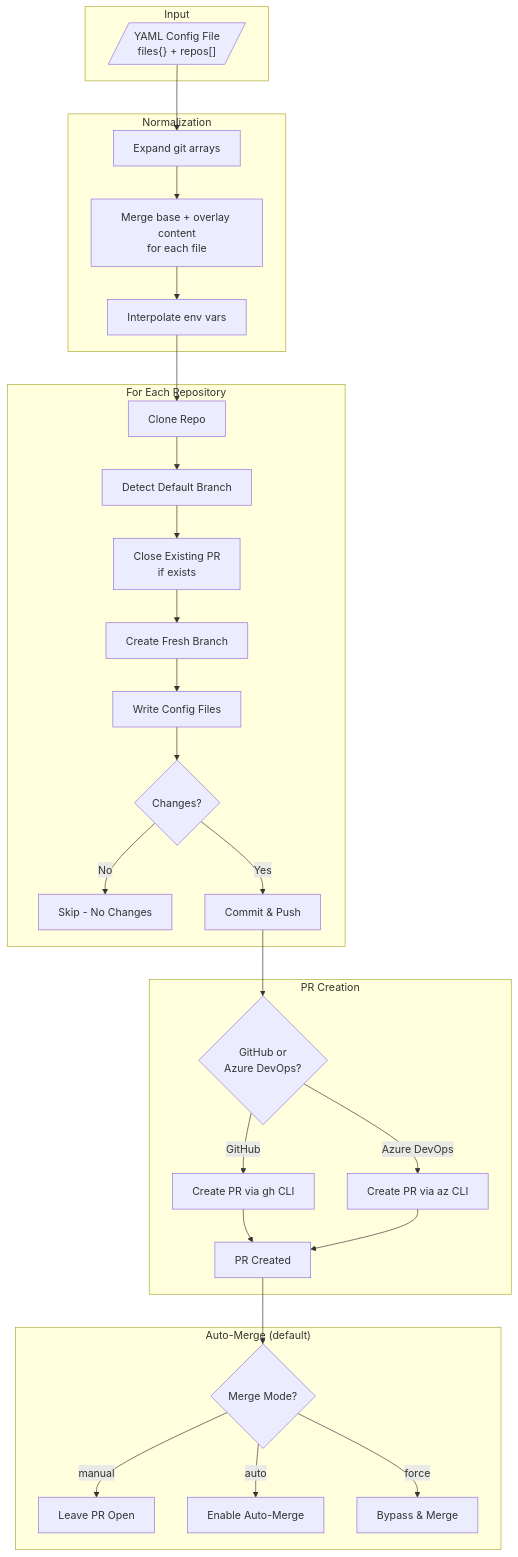
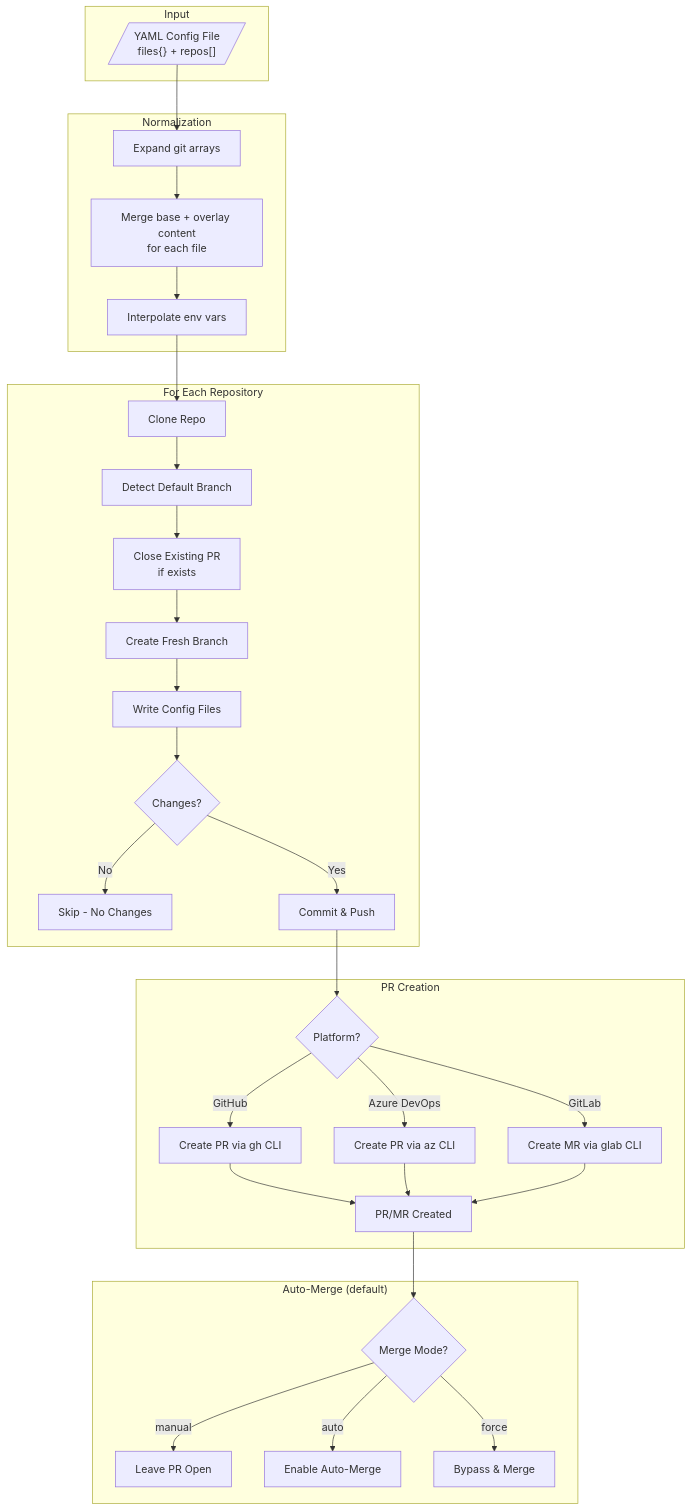
Before and after one commit to anthony-spruyt/xfg: the diagram in README.md, drawn with Mermaid. The commit also changed other lines of this file and 11 other files, not shown here.

First line of the commit message:
feat: add GitLab platform support

````diff
--- a/README.md
+++ b/README.md
@@ -718,39 +740,41 @@
 ```mermaid
 flowchart TB
     subgraph Input
         YAML[/"YAML Config File<br/>files{} + repos[]"/]
     end
 
     subgraph Normalization
         EXPAND[Expand git arrays] --> MERGE[Merge base + overlay content<br/>for each file]
         MERGE --> ENV[Interpolate env vars]
     end
 
     subgraph Processing["For Each Repository"]
         CLONE[Clone Repo] --> DETECT_BRANCH[Detect Default Branch]
         DETECT_BRANCH --> CLOSE_PR[Close Existing PR<br/>if exists]
         CLOSE_PR --> BRANCH[Create Fresh Branch]
         BRANCH --> WRITE[Write Config Files]
         WRITE --> CHECK{Changes?}
         CHECK -->|No| SKIP[Skip - No Changes]
         CHECK -->|Yes| COMMIT[Commit & Push]
     end
 
     subgraph Platform["PR Creation"]
-        COMMIT --> PR_DETECT{GitHub or<br/>Azure DevOps?}
+        COMMIT --> PR_DETECT{Platform?}
         PR_DETECT -->|GitHub| GH_PR[Create PR via gh CLI]
         PR_DETECT -->|Azure DevOps| AZ_PR[Create PR via az CLI]
-        GH_PR --> PR_CREATED[PR Created]
+        PR_DETECT -->|GitLab| GL_PR[Create MR via glab CLI]
+        GH_PR --> PR_CREATED[PR/MR Created]
         AZ_PR --> PR_CREATED
+        GL_PR --> PR_CREATED
     end
 
     subgraph AutoMerge["Auto-Merge (default)"]
         PR_CREATED --> MERGE_MODE{Merge Mode?}
         MERGE_MODE -->|manual| OPEN[Leave PR Open]
         MERGE_MODE -->|auto| AUTO[Enable Auto-Merge]
         MERGE_MODE -->|force| FORCE[Bypass & Merge]
     end
 
     YAML --> EXPAND
     ENV --> CLONE
 ```
````
